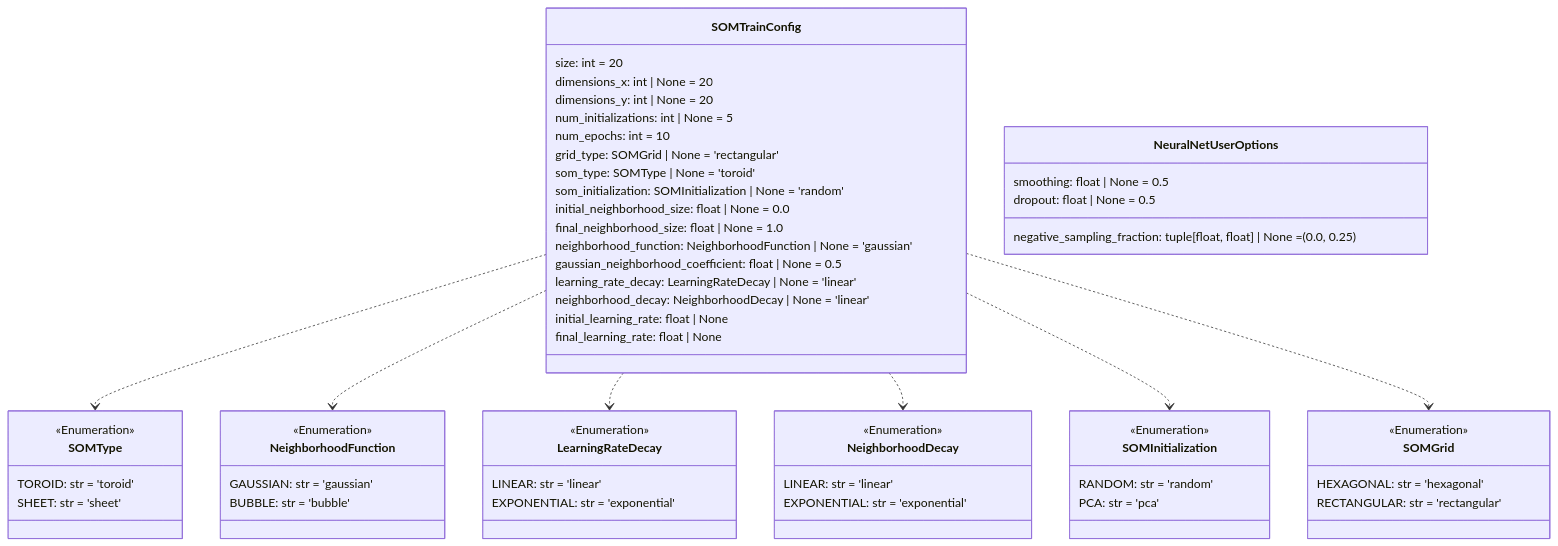
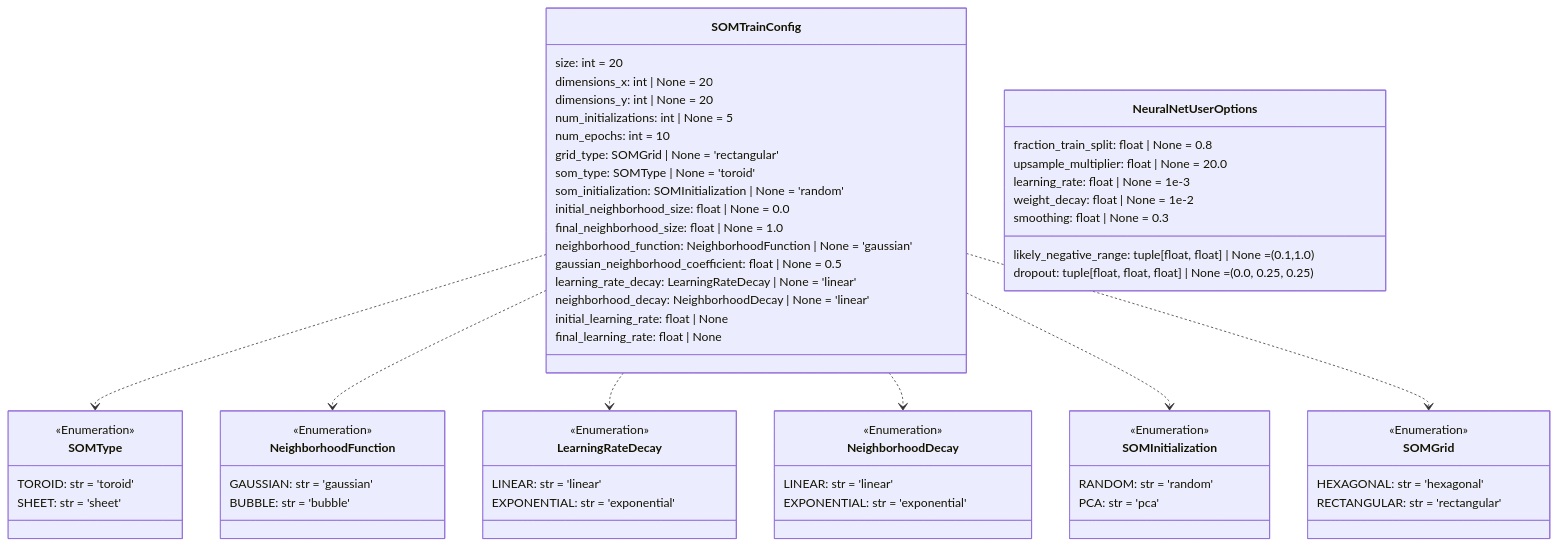
Diagram 14 of 14 in README.md (DARPA-CRITICALMAAS/cdr_schemas), drawn with Mermaid before and after one commit. The commit also changed 1 other file, not shown here.

Commit message:
updates to prospectivity_models.py

````diff
--- a/README.md
+++ b/README.md
@@ -1209,73 +1209,77 @@
 ```mermaid
 classDiagram
 
     class SOMTrainConfig {
         size: int = 20
         dimensions_x: int | None = 20
         dimensions_y: int | None = 20
         num_initializations: int | None = 5
         num_epochs: int = 10
         grid_type: SOMGrid | None = 'rectangular'
         som_type: SOMType | None = 'toroid'
         som_initialization: SOMInitialization | None = 'random'
         initial_neighborhood_size: float | None = 0.0
         final_neighborhood_size: float | None = 1.0
         neighborhood_function: NeighborhoodFunction | None = 'gaussian'
         gaussian_neighborhood_coefficient: float | None = 0.5
         learning_rate_decay: LearningRateDecay | None = 'linear'
         neighborhood_decay: NeighborhoodDecay | None = 'linear'
         initial_learning_rate: float | None
         final_learning_rate: float | None
     }
 
     class NeighborhoodFunction {
         <<Enumeration>>
         GAUSSIAN: str = 'gaussian'
         BUBBLE: str = 'bubble'
     }
 
     class LearningRateDecay {
         <<Enumeration>>
         LINEAR: str = 'linear'
         EXPONENTIAL: str = 'exponential'
     }
 
     class SOMGrid {
         <<Enumeration>>
         HEXAGONAL: str = 'hexagonal'
         RECTANGULAR: str = 'rectangular'
     }
 
     class SOMType {
         <<Enumeration>>
         TOROID: str = 'toroid'
         SHEET: str = 'sheet'
     }
 
     class NeuralNetUserOptions {
-        smoothing: float | None = 0.5
-        dropout: float | None = 0.5
-        negative_sampling_fraction: tuple[float, float] | None = (0.0, 0.25)
+        likely_negative_range: tuple[float, float] | None = (0.1,1.0)
+        fraction_train_split: float | None = 0.8
+        upsample_multiplier: float | None = 20.0
+        dropout: tuple[float, float, float] | None = (0.0, 0.25, 0.25)
+        learning_rate: float | None = 1e-3
+        weight_decay: float | None = 1e-2
+        smoothing: float | None = 0.3
     }
 
     class NeighborhoodDecay {
         <<Enumeration>>
         LINEAR: str = 'linear'
         EXPONENTIAL: str = 'exponential'
     }
 
     class SOMInitialization {
         <<Enumeration>>
         RANDOM: str = 'random'
         PCA: str = 'pca'
     }
 
     SOMTrainConfig ..> SOMType
     SOMTrainConfig ..> NeighborhoodFunction
     SOMTrainConfig ..> LearningRateDecay
     SOMTrainConfig ..> NeighborhoodDecay
     SOMTrainConfig ..> SOMInitialization
     SOMTrainConfig ..> SOMGrid
 
 
 ```
````
